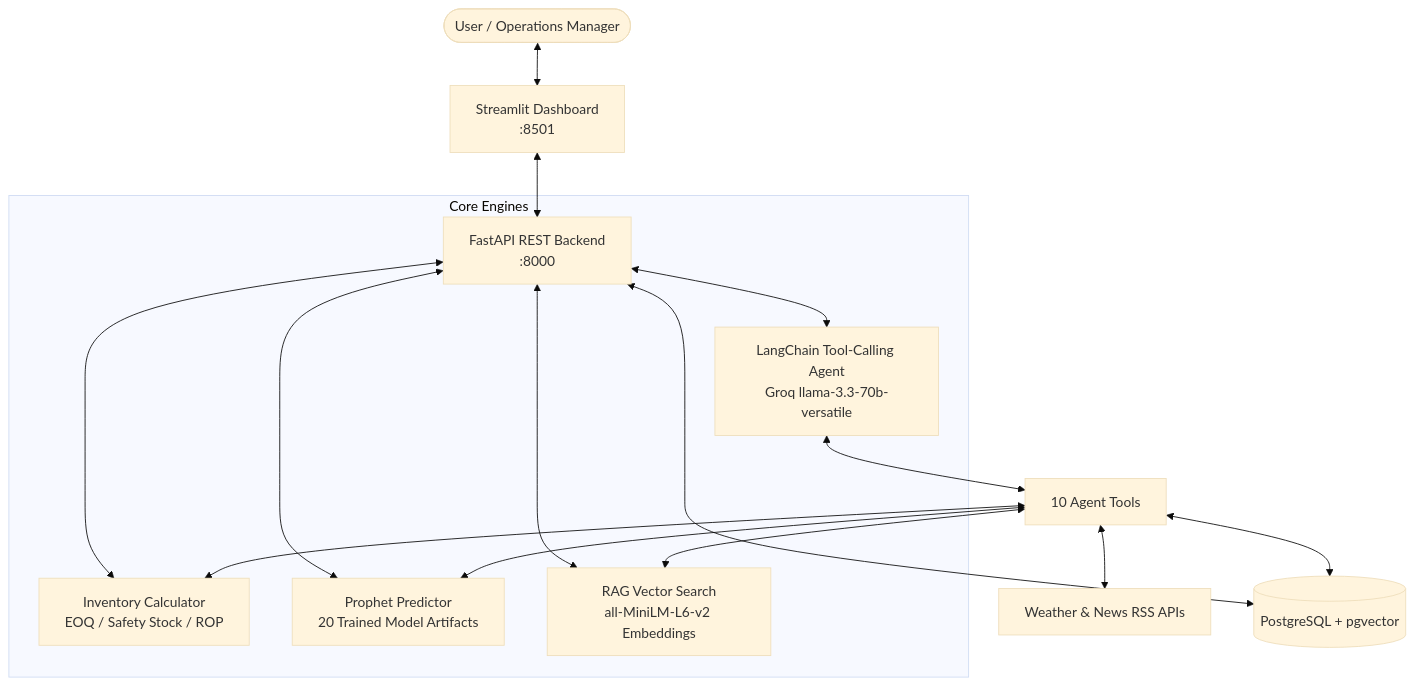
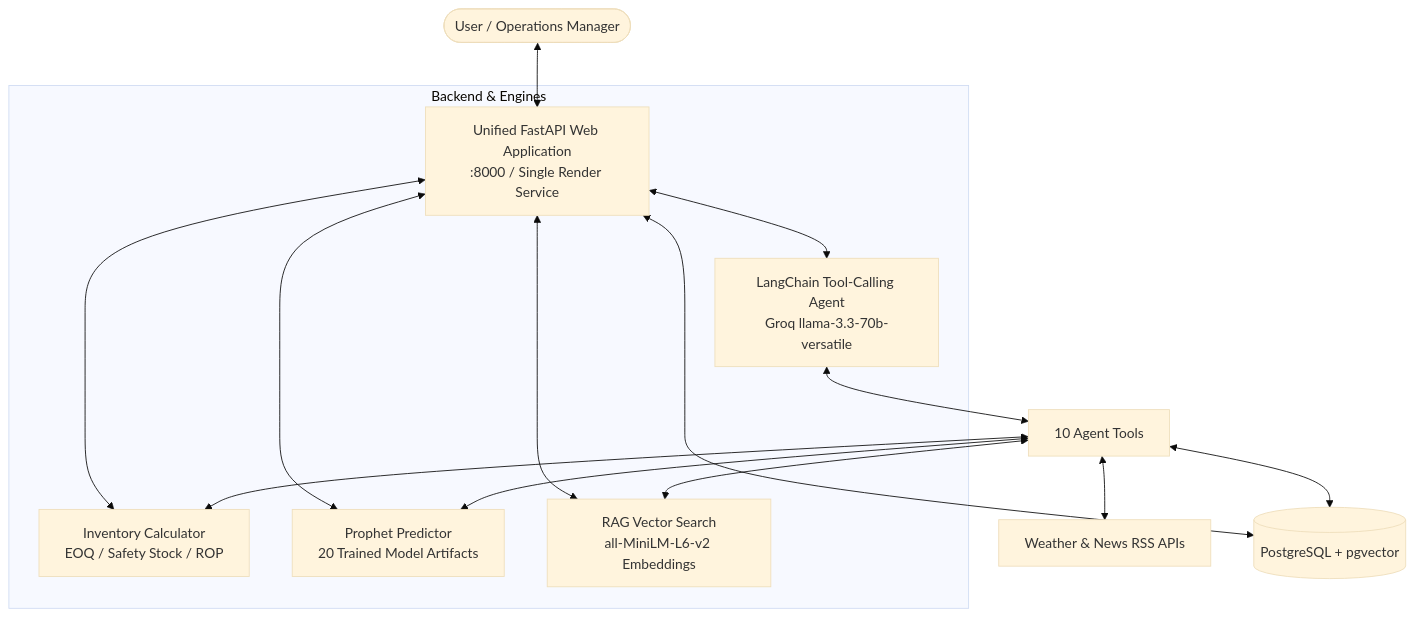
The diagram in README.md (afzalkhanofficial/supplypilot), drawn with Mermaid (base theme) before and after one commit. The commit also changed other lines of this file and 5 other files, not shown here.

Commit message:
Remove obsolete Streamlit dashboard files and dependencies

````diff
--- a/README.md
+++ b/README.md
@@ -76,20 +76,19 @@
 ```mermaid
 flowchart TD
-    User([User / Operations Manager]) <--> Dashboard[Streamlit Dashboard\n:8501]
-    Dashboard <--> API[FastAPI REST Backend\n:8000]
+    User([User / Operations Manager]) <--> WebApp[Unified FastAPI Web Application\n:8000 / Single Render Service]
 
-    subgraph Core Engines
-        API <--> Agent[LangChain Tool-Calling Agent\nGroq llama-3.3-70b-versatile]
-        API <--> Inv[Inventory Calculator\nEOQ / Safety Stock / ROP]
-        API <--> Forecaster[Prophet Predictor\n20 Trained Model Artifacts]
-        API <--> RAG[RAG Vector Search\nall-MiniLM-L6-v2 Embeddings]
+    subgraph Backend & Engines
+        WebApp <--> Agent[LangChain Tool-Calling Agent\nGroq llama-3.3-70b-versatile]
+        WebApp <--> Inv[Inventory Calculator\nEOQ / Safety Stock / ROP]
+        WebApp <--> Forecaster[Prophet Predictor\n20 Trained Model Artifacts]
+        WebApp <--> RAG[RAG Vector Search\nall-MiniLM-L6-v2 Embeddings]
     end
 
     Agent <--> Tools[10 Agent Tools]
     Tools <--> Inv
     Tools <--> Forecaster
     Tools <--> RAG
     Tools <--> External[Weather & News RSS APIs]
     Tools <--> DB[(PostgreSQL + pgvector)]
-    API <--> DB
+    WebApp <--> DB
 ```
````
